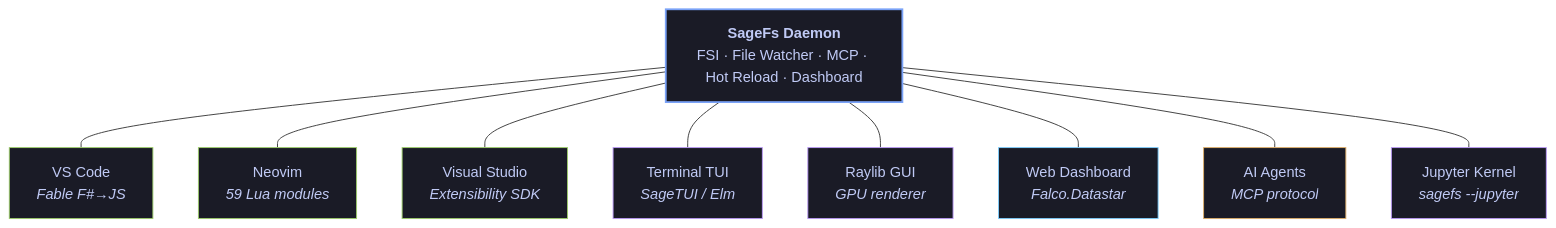
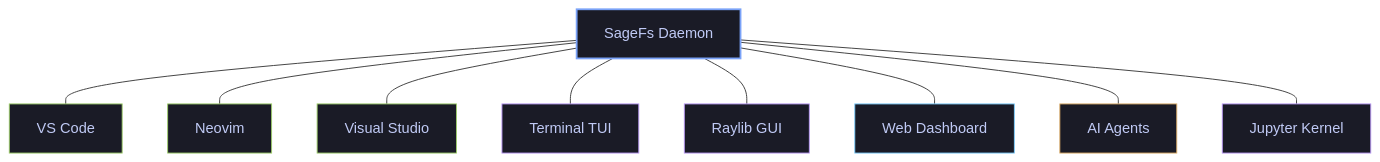
The first of 2 diagrams in Readme.md (WillEhrendreich/SageFs), drawn with Mermaid before and after one commit. The commit also changed other lines of this file and 2 other files, not shown here.

First line of the commit message:
fix(docs): remove HTML tags from Mermaid diagrams for GitHub rendering

````diff
--- a/Readme.md
+++ b/Readme.md
@@ -67,23 +67,23 @@
 ```mermaid
 graph TB
-    D["<b>SageFs Daemon</b><br/>FSI · File Watcher · MCP · Hot Reload · Dashboard"]
+    D[SageFs Daemon]
 
-    D --- VS["VS Code<br/><i>Fable F#→JS</i>"]
-    D --- NV["Neovim<br/><i>59 Lua modules</i>"]
-    D --- VI["Visual Studio<br/><i>Extensibility SDK</i>"]
-    D --- TU["Terminal TUI<br/><i>SageTUI / Elm</i>"]
-    D --- GU["Raylib GUI<br/><i>GPU renderer</i>"]
-    D --- WB["Web Dashboard<br/><i>Falco.Datastar</i>"]
-    D --- AI["AI Agents<br/><i>MCP protocol</i>"]
-    D --- JP["Jupyter Kernel<br/><i>sagefs --jupyter</i>"]
+    D --- VS[VS Code]
+    D --- NV[Neovim]
+    D --- VI[Visual Studio]
+    D --- TU[Terminal TUI]
+    D --- GU[Raylib GUI]
+    D --- WB[Web Dashboard]
+    D --- AI[AI Agents]
+    D --- JP[Jupyter Kernel]
 
     style D fill:#1a1b26,stroke:#7aa2f7,stroke-width:2px,color:#c0caf5
     style VS fill:#1a1b26,stroke:#9ece6a,color:#c0caf5
     style NV fill:#1a1b26,stroke:#9ece6a,color:#c0caf5
     style VI fill:#1a1b26,stroke:#9ece6a,color:#c0caf5
     style TU fill:#1a1b26,stroke:#bb9af7,color:#c0caf5
     style GU fill:#1a1b26,stroke:#bb9af7,color:#c0caf5
     style WB fill:#1a1b26,stroke:#7dcfff,color:#c0caf5
     style AI fill:#1a1b26,stroke:#e0af68,color:#c0caf5
     style JP fill:#1a1b26,stroke:#bb9af7,color:#c0caf5
 ```
````
